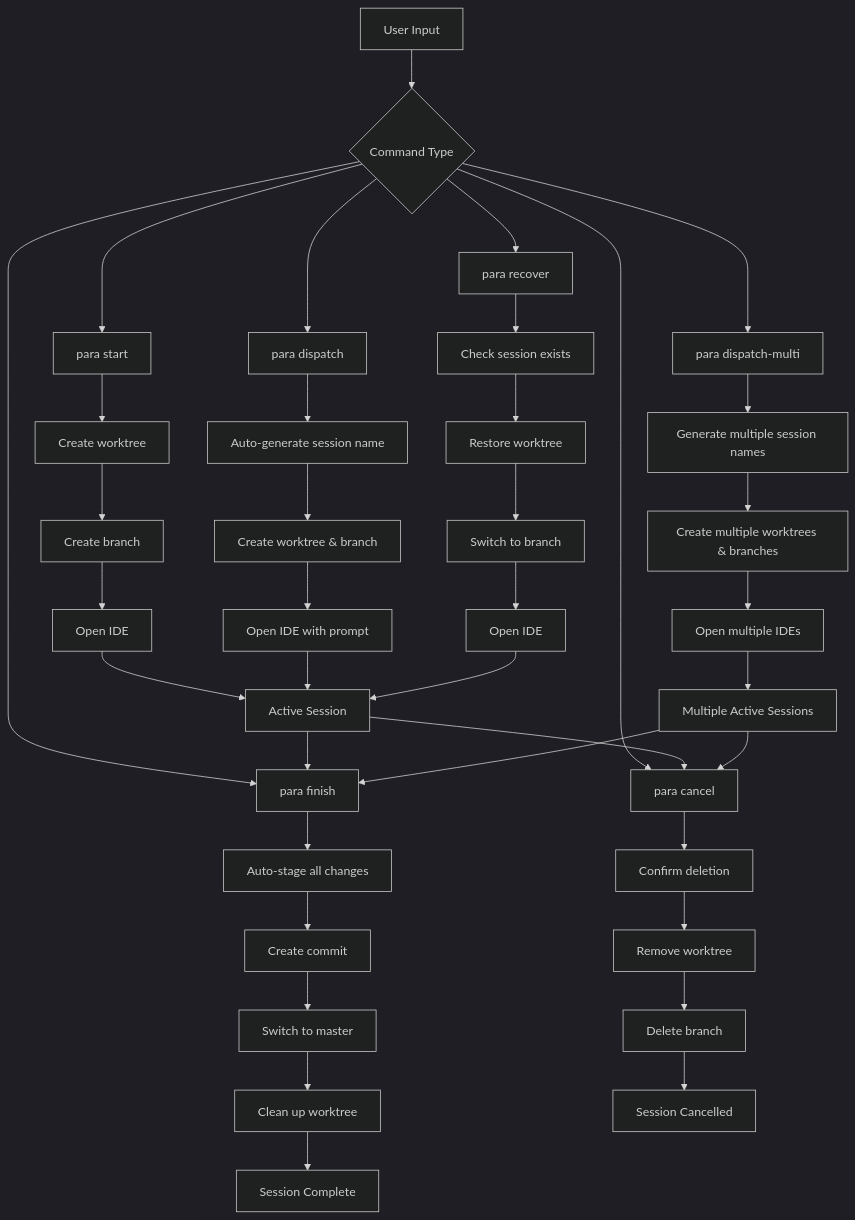
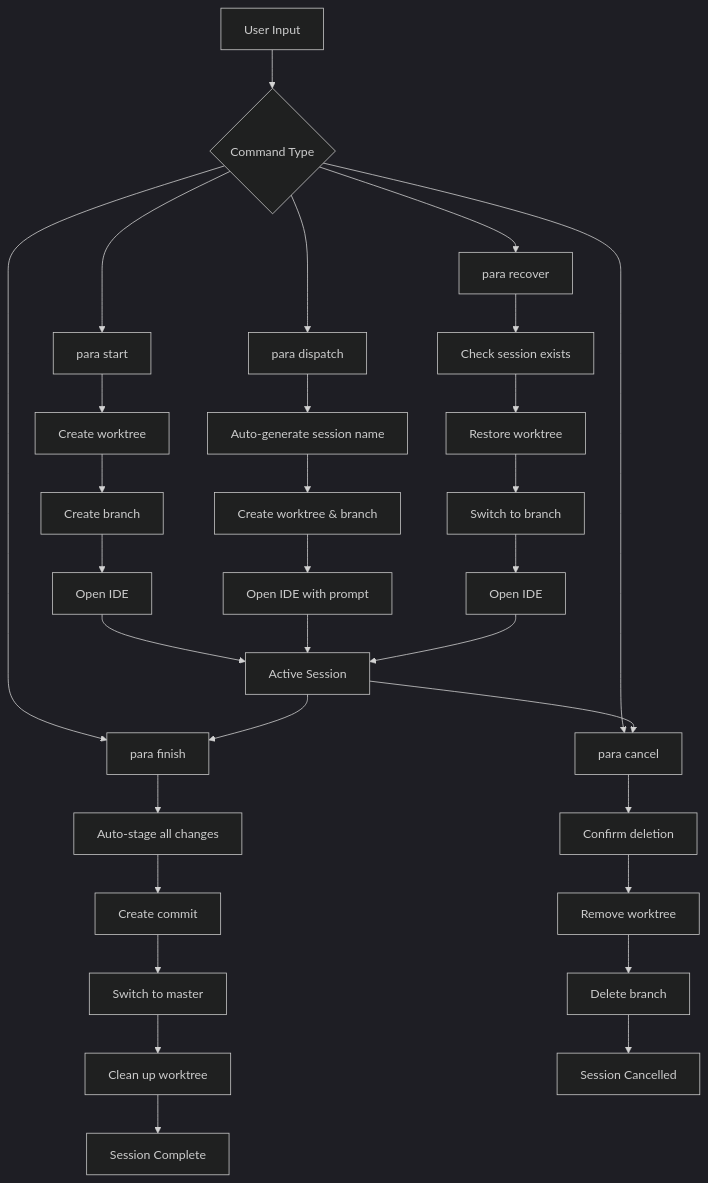
One commit to 2mawi2/para changed the second of 6 diagrams in docs/WORKFLOW.md. Above: the diagram before and after it, drawn with Mermaid (dark theme). The commit also changed other lines of this file and 12 other files, not shown here.

Commit message:
Remove dispatch-multi feature and all related functionality

````diff
--- a/docs/WORKFLOW.md
+++ b/docs/WORKFLOW.md
@@ -47,49 +35,41 @@
 ```mermaid
 flowchart TD
     A[User Input] --> B{Command Type}
     
     B --> C[para start]
     B --> D[para dispatch]
-    B --> E[para dispatch-multi]
     B --> F[para finish]
     B --> G[para cancel]
     B --> H[para recover]
     
     C --> C1[Create worktree]
     C1 --> C2[Create branch]
     C2 --> C3[Open IDE]
     C3 --> I[Active Session]
     
     D --> D1[Auto-generate session name]
     D1 --> D2[Create worktree & branch]
     D2 --> D3[Open IDE with prompt]
     D3 --> I
     
-    E --> E1[Generate multiple session names]
-    E1 --> E2[Create multiple worktrees & branches]
-    E2 --> E3[Open multiple IDEs]
-    E3 --> J[Multiple Active Sessions]
-    
     I --> F
-    J --> F
     
     F --> F1[Auto-stage all changes]
     F1 --> F2[Create commit]
     F2 --> F3[Switch to master]
     F3 --> F4[Clean up worktree]
     F4 --> K[Session Complete]
     
     I --> G
-    J --> G
     
     G --> G1[Confirm deletion]
     G1 --> G2[Remove worktree]
     G2 --> G3[Delete branch]
     G3 --> L[Session Cancelled]
     
     H --> H1[Check session exists]
     H1 --> H2[Restore worktree]
     H2 --> H3[Switch to branch]
     H3 --> H4[Open IDE]
     H4 --> I
 ```
````
